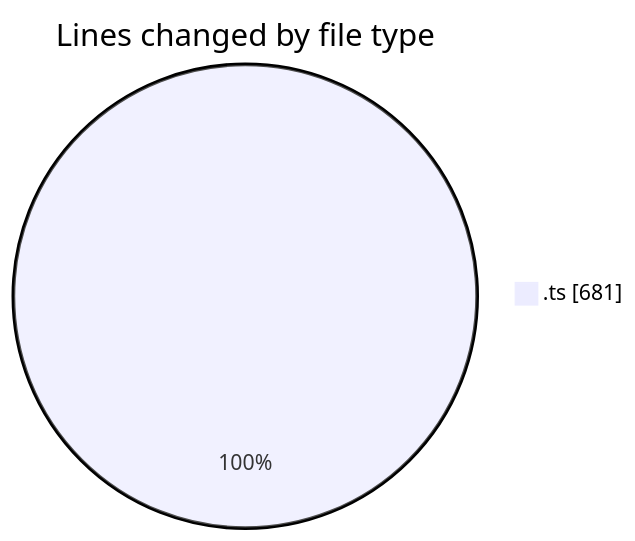
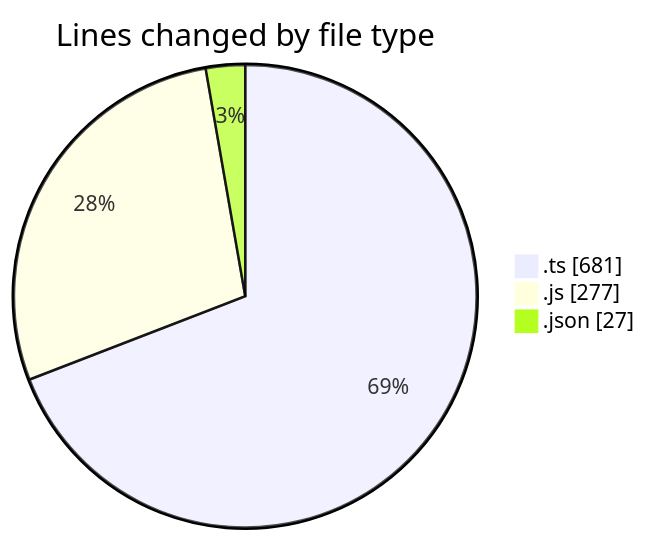
The first of 2 diagrams in 2025-08-15/rentotp/README.md (lephambinh05/code-tracking), drawn with Mermaid before and after one commit. The commit also changed other lines of this file and 1 other file, not shown here.

````diff
--- a/2025-08-15/rentotp/README.md
+++ b/2025-08-15/rentotp/README.md
@@ -24,5 +26,7 @@
 ```mermaid
 pie showData
 title Lines changed by file type
 ".ts" : 681
+".js" : 277
+".json" : 27
 ```
````
